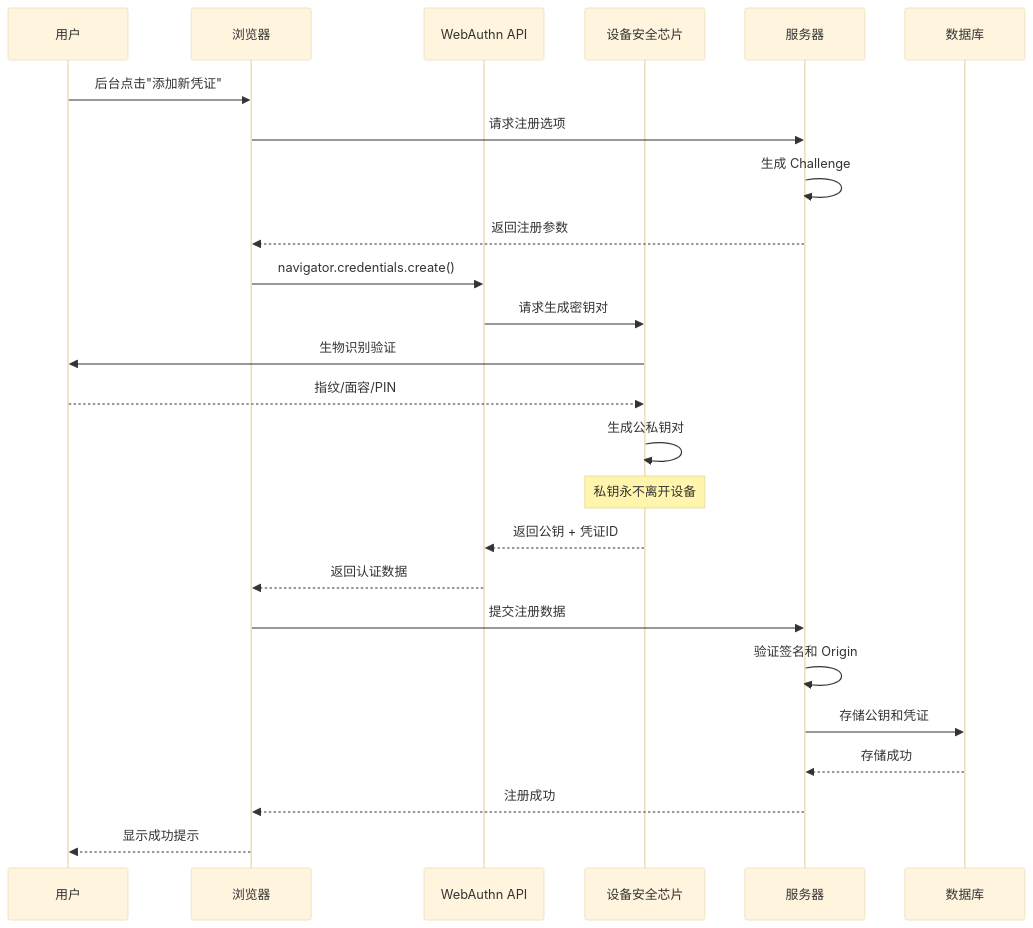
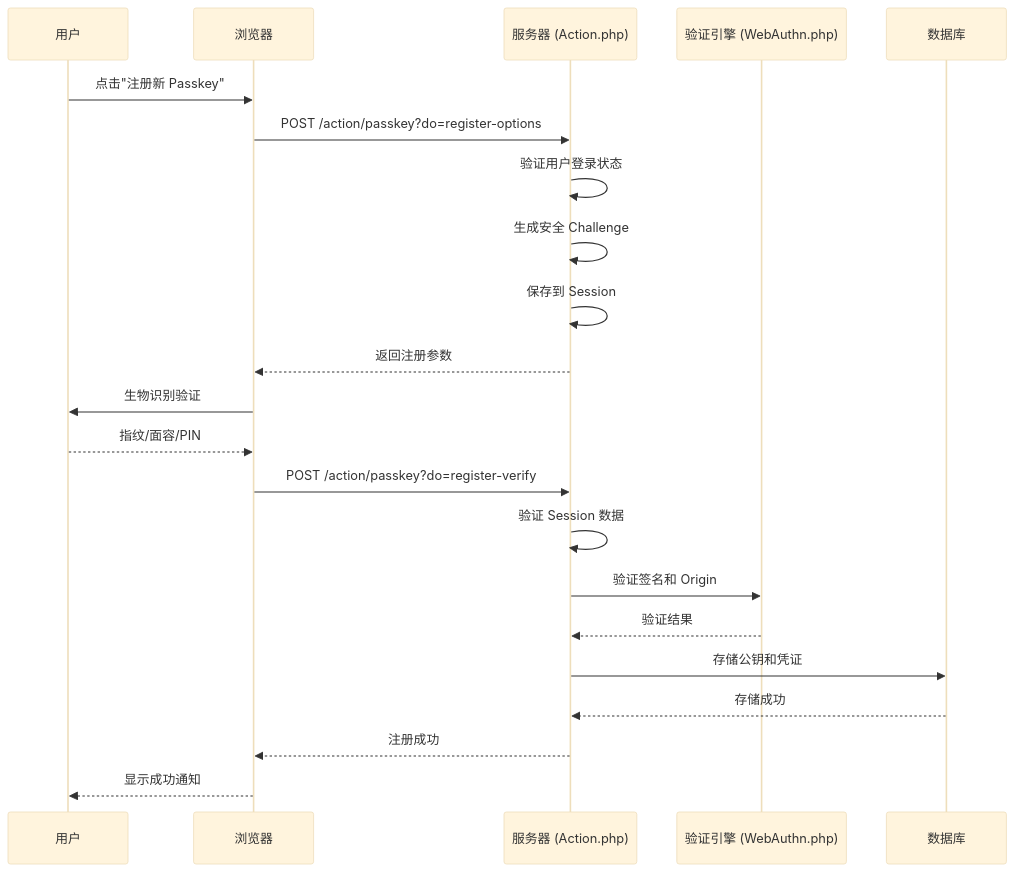
One commit to little-gt/Passkey changed the second of 4 diagrams in README.md. Above: the diagram before and after it, drawn with Mermaid (base theme). The commit also changed other lines of this file and 1 other file, not shown here.

````diff
--- a/README.md
+++ b/README.md
@@ -77,28 +116,26 @@
 ```mermaid
 sequenceDiagram
     participant U as 用户
     participant B as 浏览器
-    participant W as WebAuthn API
-    participant D as 设备安全芯片
-    participant S as 服务器
+    participant S as 服务器 (Action.php)
+    participant W as 验证引擎 (WebAuthn.php)
     participant DB as 数据库
     
-    U->>B: 后台点击"添加新凭证"
-    B->>S: 请求注册选项
-    S->>S: 生成 Challenge
+    U->>B: 点击"注册新 Passkey"
+    B->>S: POST /action/passkey?do=register-options
+    S->>S: 验证用户登录状态
+    S->>S: 生成安全 Challenge
+    S->>S: 保存到 Session
     S-->>B: 返回注册参数
-    B->>W: navigator.credentials.create()
-    W->>D: 请求生成密钥对
-    D->>U: 生物识别验证
-    U-->>D: 指纹/面容/PIN
-    D->>D: 生成公私钥对
-    Note over D: 私钥永不离开设备
-    D-->>W: 返回公钥 + 凭证ID
-    W-->>B: 返回认证数据
-    B->>S: 提交注册数据
-    S->>S: 验证签名和 Origin
+    
+    B->>U: 生物识别验证
+    U-->>B: 指纹/面容/PIN
+    B->>S: POST /action/passkey?do=register-verify
+    S->>S: 验证 Session 数据
+    S->>W: 验证签名和 Origin
+    W-->>S: 验证结果
     S->>DB: 存储公钥和凭证
     DB-->>S: 存储成功
     S-->>B: 注册成功
-    B-->>U: 显示成功提示
+    B-->>U: 显示成功通知
 ```
````
